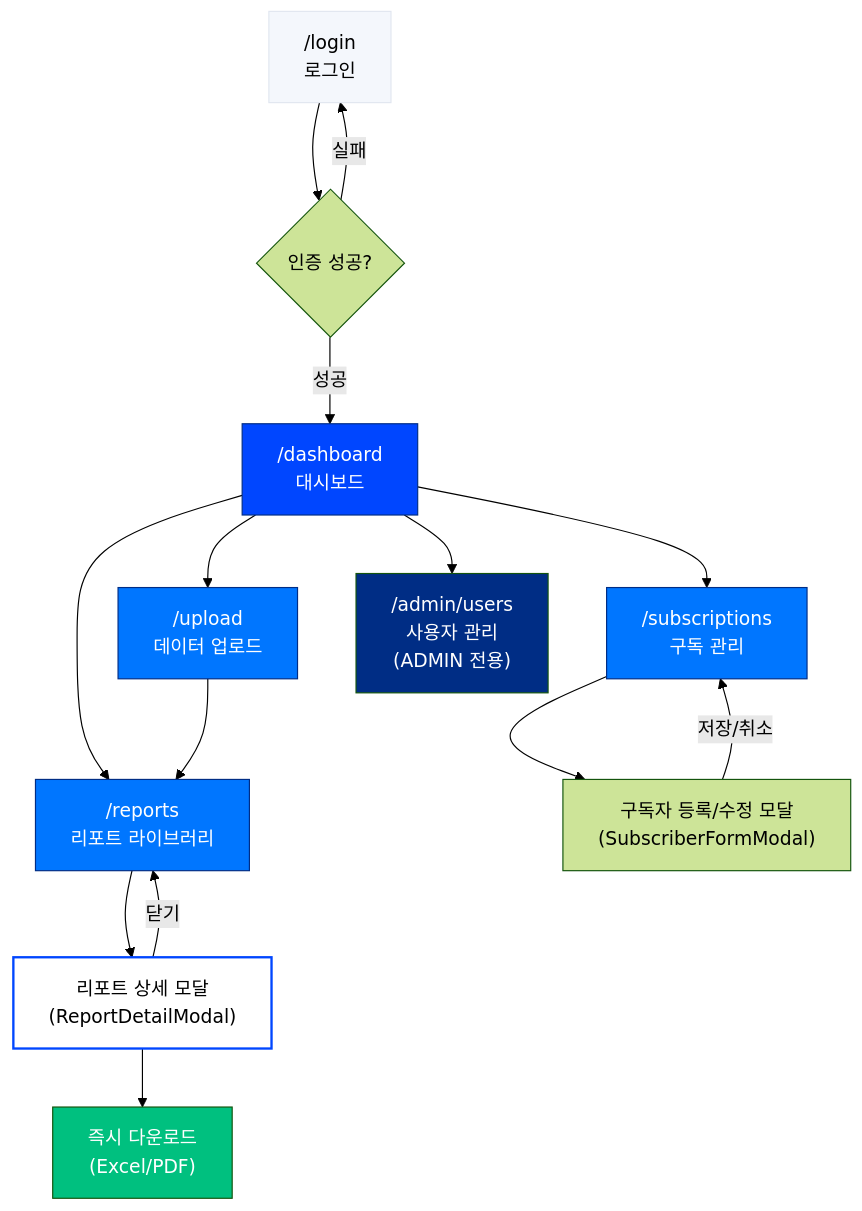
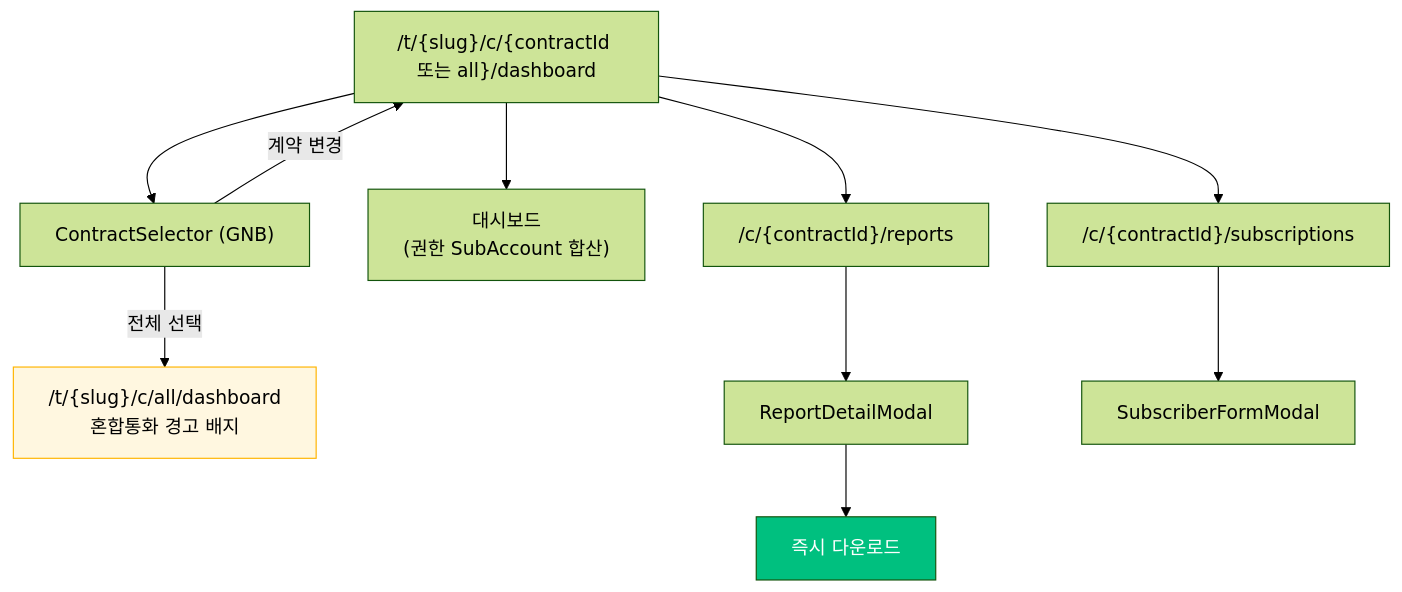
One commit to cloez/cloud-reporting changed the third of 10 diagrams in design/screen-flow.md. Above: the diagram before and after it, drawn with Mermaid (forest theme). The commit also changed other lines of this file and 18 other files, not shown here.

````diff
--- a/design/screen-flow.md
+++ b/design/screen-flow.md
@@ -37,29 +121,18 @@
 ```mermaid
 flowchart TD
-    LOGIN["/login\n로그인"] --> AUTH{인증 성공?}
-    AUTH -->|성공| DASH["/dashboard\n대시보드"]
-    AUTH -->|실패| LOGIN
+    ENTRY["/t/{slug}/c/{contractId 또는 all}/dashboard"]
+    ENTRY --> SEL["ContractSelector (GNB)"]
+    SEL -->|계약 변경| ENTRY
+    SEL -->|"전체" 선택| ALL["/t/{slug}/c/all/dashboard\n혼합통화 경고 배지"]
 
-    DASH --> UPLOAD["/upload\n데이터 업로드"]
-    DASH --> REPORTS["/reports\n리포트 라이브러리"]
-    DASH --> SUBS["/subscriptions\n구독 관리"]
+    ENTRY --> DASH["대시보드\n(권한 SubAccount 합산)"]
+    ENTRY --> REPORTS["/c/{contractId}/reports"]
+    ENTRY --> SUBS["/c/{contractId}/subscriptions"]
 
-    UPLOAD --> REPORTS
-    REPORTS --> MODAL["리포트 상세 모달\n(ReportDetailModal)"]
-    MODAL --> DOWNLOAD["즉시 다운로드\n(Excel/PDF)"]
-    MODAL -->|닫기| REPORTS
+    REPORTS --> MODAL["ReportDetailModal"]
+    MODAL --> DOWNLOAD["즉시 다운로드"]
+    SUBS --> SUBFORM["SubscriberFormModal"]
 
-    SUBS --> SUB_FORM["구독자 등록/수정 모달\n(SubscriberFormModal)"]
-    SUB_FORM -->|저장/취소| SUBS
-
-    DASH --> ADMIN["/admin/users\n사용자 관리\n(ADMIN 전용)"]
-
-    style LOGIN fill:#F4F7FC,stroke:#E1E6F0
-    style DASH fill:#0046FF,color:#FFF,stroke:#002D85
-    style UPLOAD fill:#0076FF,color:#FFF,stroke:#002D85
-    style REPORTS fill:#0076FF,color:#FFF,stroke:#002D85
-    style SUBS fill:#0076FF,color:#FFF,stroke:#002D85
-    style MODAL fill:#FFF,stroke:#0046FF,stroke-width:2px
+    style ALL fill:#FFF7E0,stroke:#FFB400
     style DOWNLOAD fill:#00C07F,color:#FFF
-    style ADMIN fill:#002D85,color:#FFF
 ```
````
